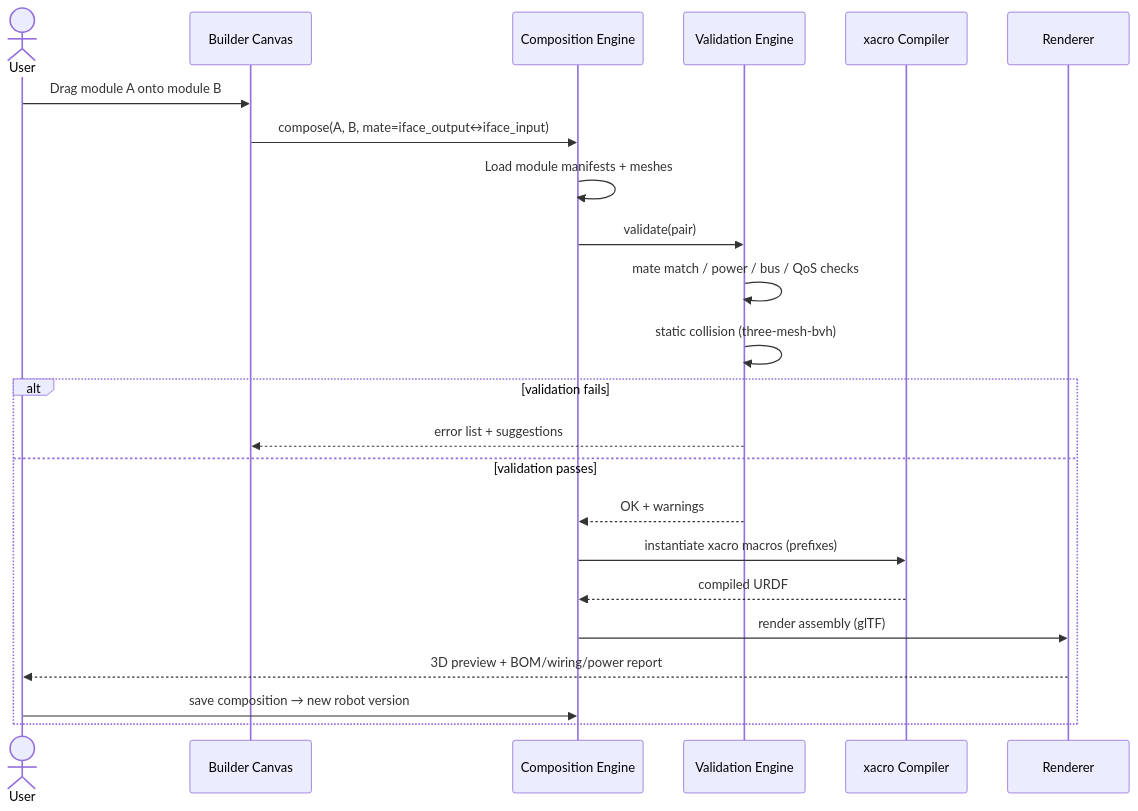
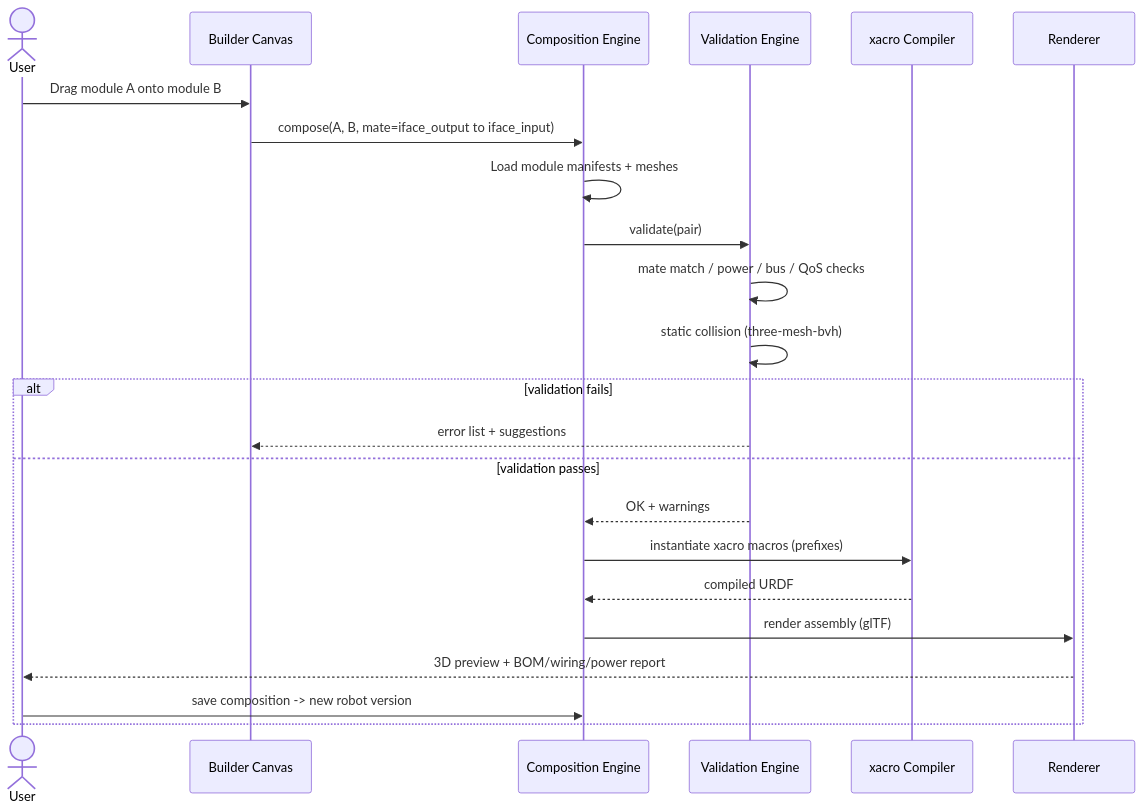
The sixth of 7 diagrams in Project-Report.md (ueux/Merlin), drawn with Mermaid before and after one commit. The commit also changed other lines of this file, not shown here.

````diff
--- a/Project-Report.md
+++ b/Project-Report.md
@@ -419,25 +419,25 @@
 ```mermaid
 sequenceDiagram
     actor U as User
     participant UI as Builder Canvas
     participant CE as Composition Engine
     participant VE as Validation Engine
     participant XC as xacro Compiler
     participant RN as Renderer
     U->>UI: Drag module A onto module B
-    UI->>CE: compose(A, B, mate=iface_output↔iface_input)
+    UI->>CE: compose(A, B, mate=iface_output to iface_input)
     CE->>CE: Load module manifests + meshes
     CE->>VE: validate(pair)
     VE->>VE: mate match / power / bus / QoS checks
     VE->>VE: static collision (three-mesh-bvh)
     alt validation fails
         VE-->>UI: error list + suggestions
     else validation passes
         VE-->>CE: OK + warnings
         CE->>XC: instantiate xacro macros (prefixes)
         XC-->>CE: compiled URDF
         CE->>RN: render assembly (glTF)
         RN-->>U: 3D preview + BOM/wiring/power report
-        U->>CE: save composition → new robot version
+        U->>CE: save composition -> new robot version
     end
 ```
````
